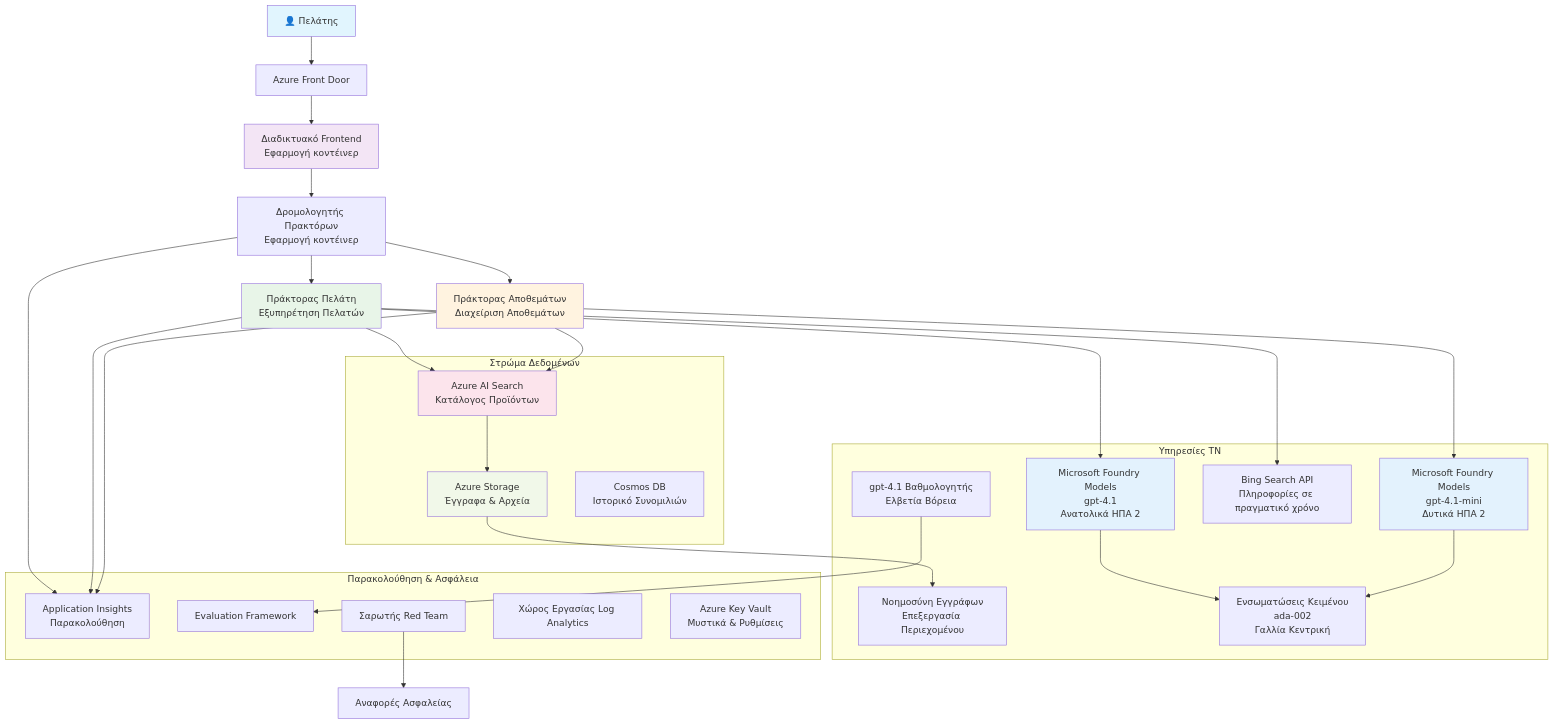
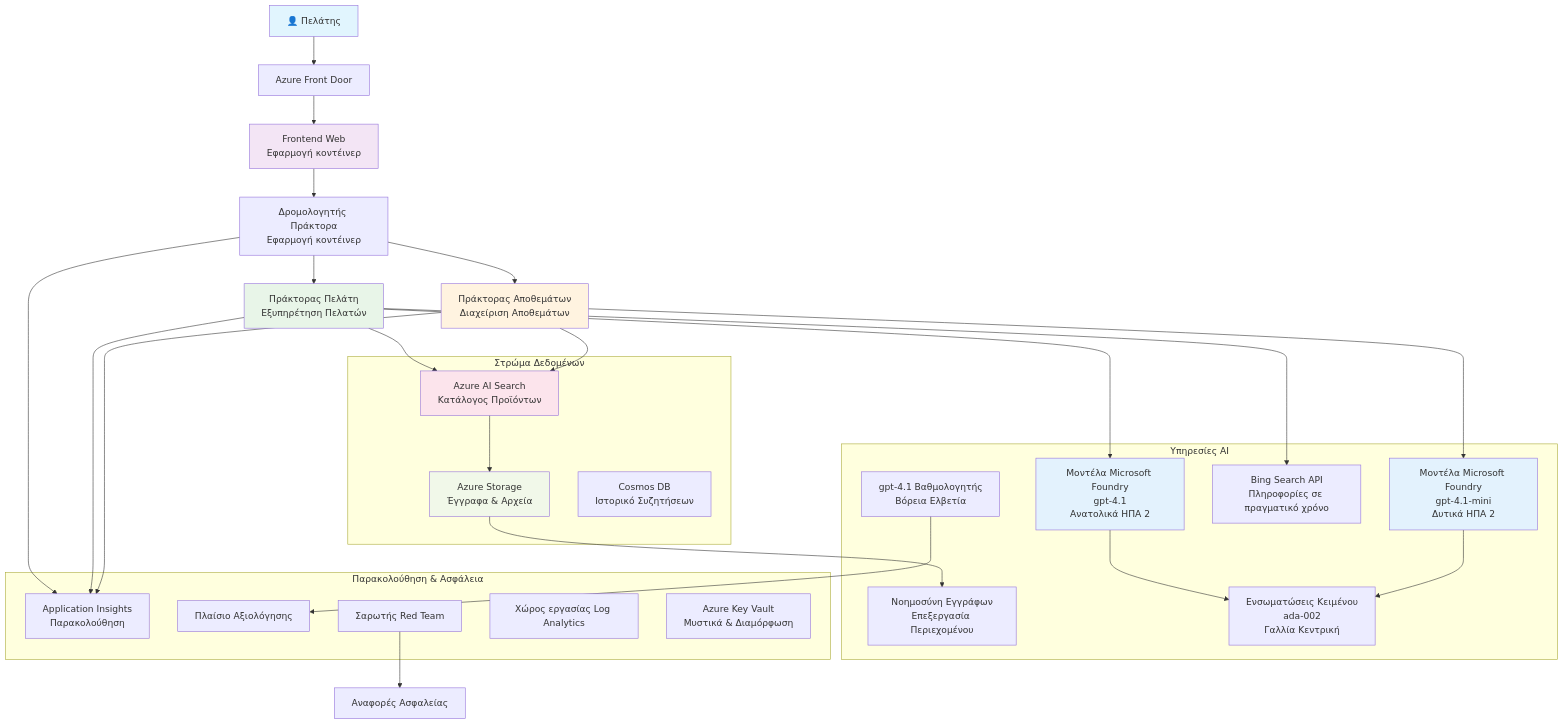
The diagram in translations/el/examples/retail-scenario.md (microsoft/AZD-for-beginners), drawn with Mermaid before and after one commit. The commit also changed other lines of this file and 104 other files, not shown here.

````diff
--- a/translations/el/examples/retail-scenario.md
+++ b/translations/el/examples/retail-scenario.md
@@ -139,61 +139,61 @@
 ```mermaid
 graph TB
     User[👤 Πελάτης] --> LB[Azure Front Door]
-    LB --> WebApp[Διαδικτυακό Frontend<br/>Εφαρμογή κοντέινερ]
+    LB --> WebApp[Frontend Web<br/>Εφαρμογή κοντέινερ]
     
-    WebApp --> Router[Δρομολογητής Πρακτόρων<br/>Εφαρμογή κοντέινερ]
+    WebApp --> Router[Δρομολογητής Πράκτορα<br/>Εφαρμογή κοντέινερ]
     Router --> CustomerAgent[Πράκτορας Πελάτη<br/>Εξυπηρέτηση Πελατών]
     Router --> InvAgent[Πράκτορας Αποθεμάτων<br/>Διαχείριση Αποθεμάτων]
     
-    CustomerAgent --> OpenAI1[Microsoft Foundry Models<br/>gpt-4.1<br/>Ανατολικά ΗΠΑ 2]
-    InvAgent --> OpenAI2[Microsoft Foundry Models<br/>gpt-4.1-mini<br/>Δυτικά ΗΠΑ 2]
+    CustomerAgent --> OpenAI1[Μοντέλα Microsoft Foundry<br/>gpt-4.1<br/>Ανατολικά ΗΠΑ 2]
+    InvAgent --> OpenAI2[Μοντέλα Microsoft Foundry<br/>gpt-4.1-mini<br/>Δυτικά ΗΠΑ 2]
     
     CustomerAgent --> AISearch[Azure AI Search<br/>Κατάλογος Προϊόντων]
     CustomerAgent --> BingSearch[Bing Search API<br/>Πληροφορίες σε πραγματικό χρόνο]
     InvAgent --> AISearch
     
     AISearch --> Storage[Azure Storage<br/>Έγγραφα & Αρχεία]
     Storage --> DocIntel[Νοημοσύνη Εγγράφων<br/>Επεξεργασία Περιεχομένου]
     
     OpenAI1 --> Embeddings[Ενσωματώσεις Κειμένου<br/>ada-002<br/>Γαλλία Κεντρική]
     OpenAI2 --> Embeddings
     
     Router --> AppInsights[Application Insights<br/>Παρακολούθηση]
     CustomerAgent --> AppInsights
     InvAgent --> AppInsights
     
-    GraderModel[gpt-4.1 Βαθμολογητής<br/>Ελβετία Βόρεια] --> Evaluation[Evaluation Framework]
+    GraderModel[gpt-4.1 Βαθμολογητής<br/>Βόρεια Ελβετία] --> Evaluation[Πλαίσιο Αξιολόγησης]
     RedTeam[Σαρωτής Red Team] --> SecurityReports[Αναφορές Ασφαλείας]
     
     subgraph "Στρώμα Δεδομένων"
         Storage
         AISearch
-        CosmosDB[Cosmos DB<br/>Ιστορικό Συνομιλιών]
+        CosmosDB[Cosmos DB<br/>Ιστορικό Συζητήσεων]
     end
     
-    subgraph "Υπηρεσίες ΤΝ"
+    subgraph "Υπηρεσίες AI"
         OpenAI1
         OpenAI2
         Embeddings
         GraderModel
         DocIntel
         BingSearch
     end
     
     subgraph "Παρακολούθηση & Ασφάλεια"
         AppInsights
-        LogAnalytics[Χώρος Εργασίας Log Analytics]
-        KeyVault[Azure Key Vault<br/>Μυστικά & Ρυθμίσεις]
+        LogAnalytics[Χώρος εργασίας Log Analytics]
+        KeyVault[Azure Key Vault<br/>Μυστικά & Διαμόρφωση]
         RedTeam
         Evaluation
     end
     
     style User fill:#e1f5fe
     style WebApp fill:#f3e5f5
     style CustomerAgent fill:#e8f5e8
     style InvAgent fill:#fff3e0
     style OpenAI1 fill:#e3f2fd
     style OpenAI2 fill:#e3f2fd
     style AISearch fill:#fce4ec
     style Storage fill:#f1f8e9
 ```
````
